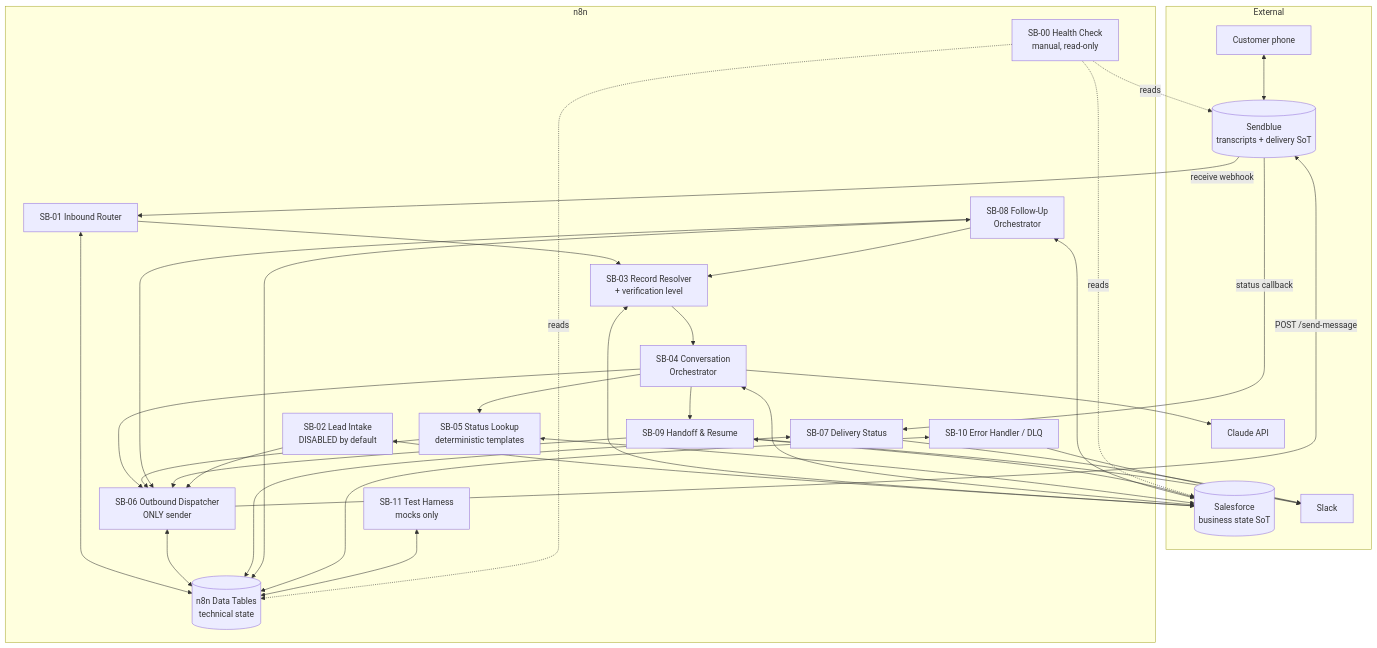
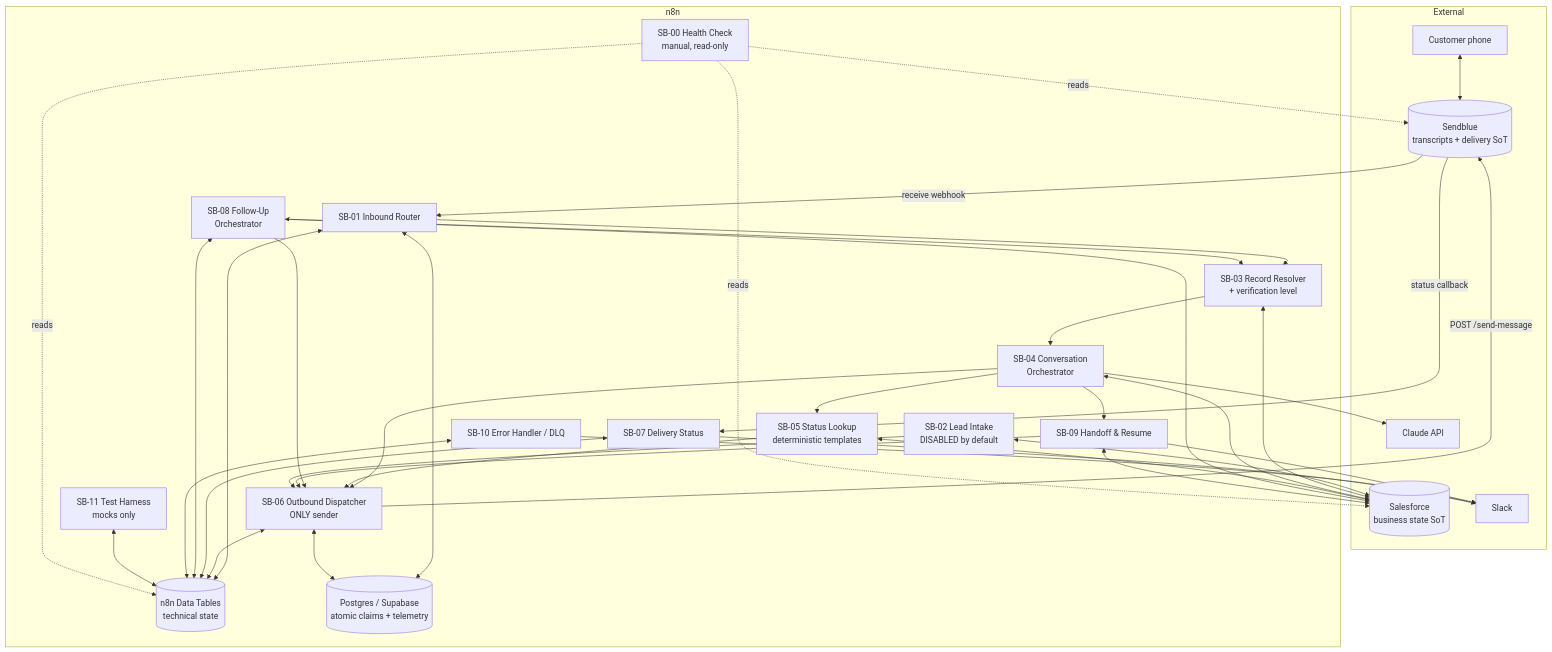
One commit to mjpert26/sendblue-ai changed the first of 2 diagrams in docs/ARCHITECTURE.md. Above: the diagram before and after it, drawn with Mermaid. The commit also changed other lines of this file and 7 other files, not shown here.

````diff
--- a/docs/ARCHITECTURE.md
+++ b/docs/ARCHITECTURE.md
@@ -78,50 +79,52 @@
 ```mermaid
 flowchart TB
     subgraph External
         CUST[Customer phone]
         SB[(Sendblue<br/>transcripts + delivery SoT)]
         SF[(Salesforce<br/>business state SoT)]
         CL[Claude API]
         SLK[Slack]
     end
     subgraph n8n
         SB00[SB-00 Health Check<br/>manual, read-only]
         SB01[SB-01 Inbound Router]
         SB02[SB-02 Lead Intake<br/>DISABLED by default]
         SB03[SB-03 Record Resolver<br/>+ verification level]
         SB04[SB-04 Conversation<br/>Orchestrator]
         SB05[SB-05 Status Lookup<br/>deterministic templates]
         SB06[SB-06 Outbound Dispatcher<br/>ONLY sender]
         SB07[SB-07 Delivery Status]
         SB08[SB-08 Follow-Up<br/>Orchestrator]
         SB09[SB-09 Handoff & Resume]
         SB10[SB-10 Error Handler / DLQ]
         SB11[SB-11 Test Harness<br/>mocks only]
         DT[(n8n Data Tables<br/>technical state)]
+        PG[(Postgres / Supabase<br/>atomic claims + telemetry)]
     end
     CUST <--> SB
     SB -- receive webhook --> SB01
     SB -- status callback --> SB07
     SB01 --> SB03 --> SB04
     SB04 --> CL
     SB04 --> SB05
     SB04 --> SB09
     SB04 --> SB06
     SB05 --> SB06
     SB08 --> SB03
     SB08 --> SB06
     SB09 --> SB06
     SB09 --> SLK
     SB02 --> SB06
     SB06 -- POST /send-message --> SB
     SB02 <--> SF
     SB03 <--> SF
     SB04 <--> SF
     SB05 <--> SF
     SB08 <--> SF
     SB09 <--> SF
     SB01 & SB06 & SB07 & SB08 & SB10 & SB11 <--> DT
+    SB01 & SB06 <--> PG
     SB10 --> SLK
     SB07 --> SLK
     SB00 -.reads.-> SF & SB & DT
 ```
````
